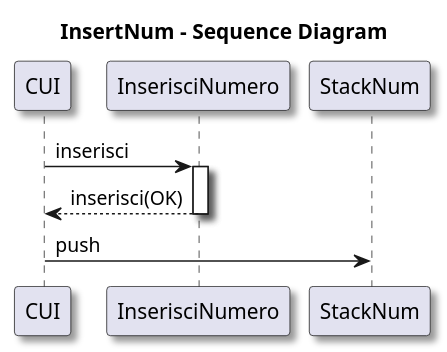
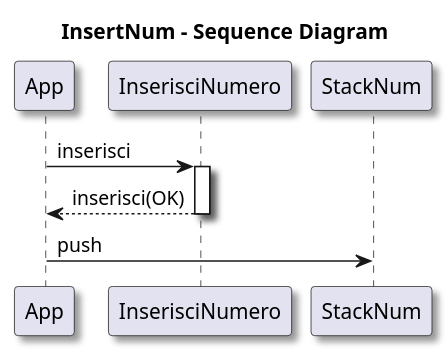
The diagram in CalcolatriceProgrammabile/Diagrams/Sequence Diagrams/SequenceInsertNum.puml (LuciaNancyLavista/Gruppo06_software_eng_L.I.V.P), drawn with PlantUML before and after one commit. The commit also changed 6 other files, not shown here.

First line of the commit message:
Update Diagrams

```diff
--- a/CalcolatriceProgrammabile/Diagrams/Sequence Diagrams/SequenceInsertNum.puml
+++ b/CalcolatriceProgrammabile/Diagrams/Sequence Diagrams/SequenceInsertNum.puml
@@ -1,14 +1,14 @@
 @startuml 
 
 skinparam Shadowing true
 
 title InsertNum - Sequence Diagram
 
-CUI -> InserisciNumero: inserisci
+App -> InserisciNumero: inserisci
 activate InserisciNumero
-InserisciNumero --> CUI: inserisci(OK)
+InserisciNumero --> App: inserisci(OK)
 deactivate InserisciNumero
-CUI -> StackNum: push
+App -> StackNum: push
 
 '!include ../../plantuml-styles/ae-copyright-footer.txt
 @enduml
```
